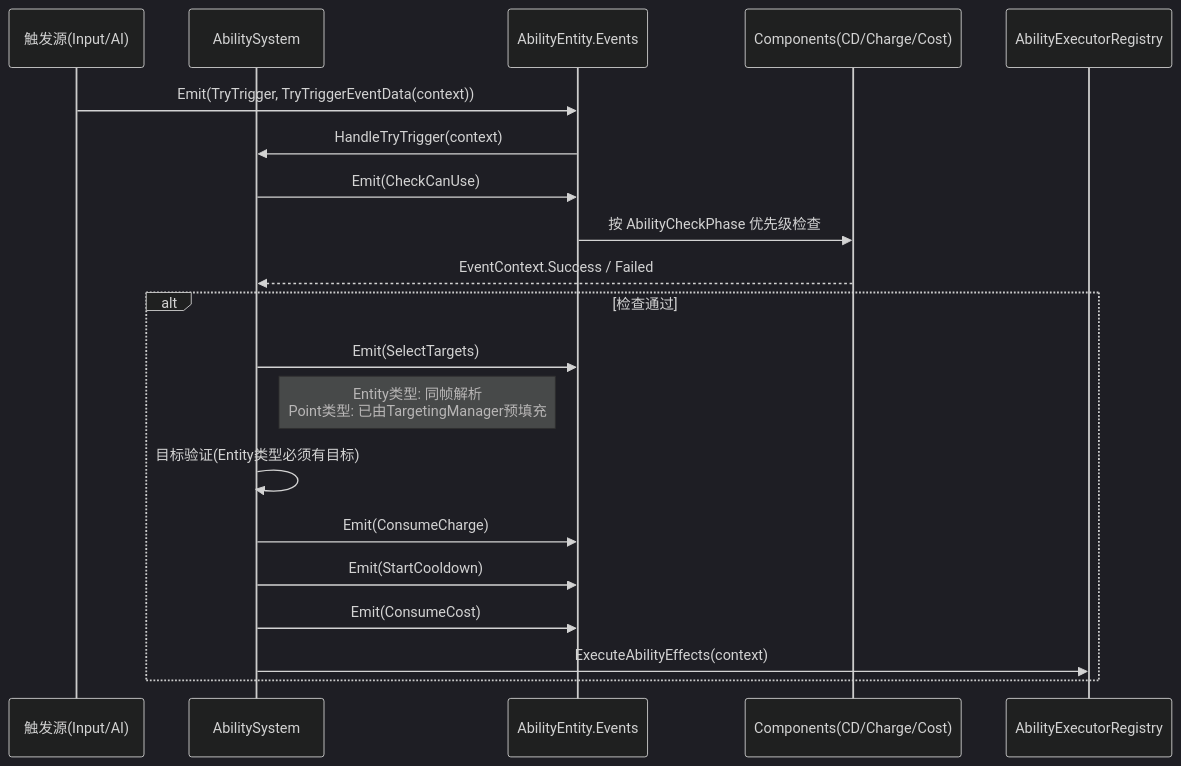
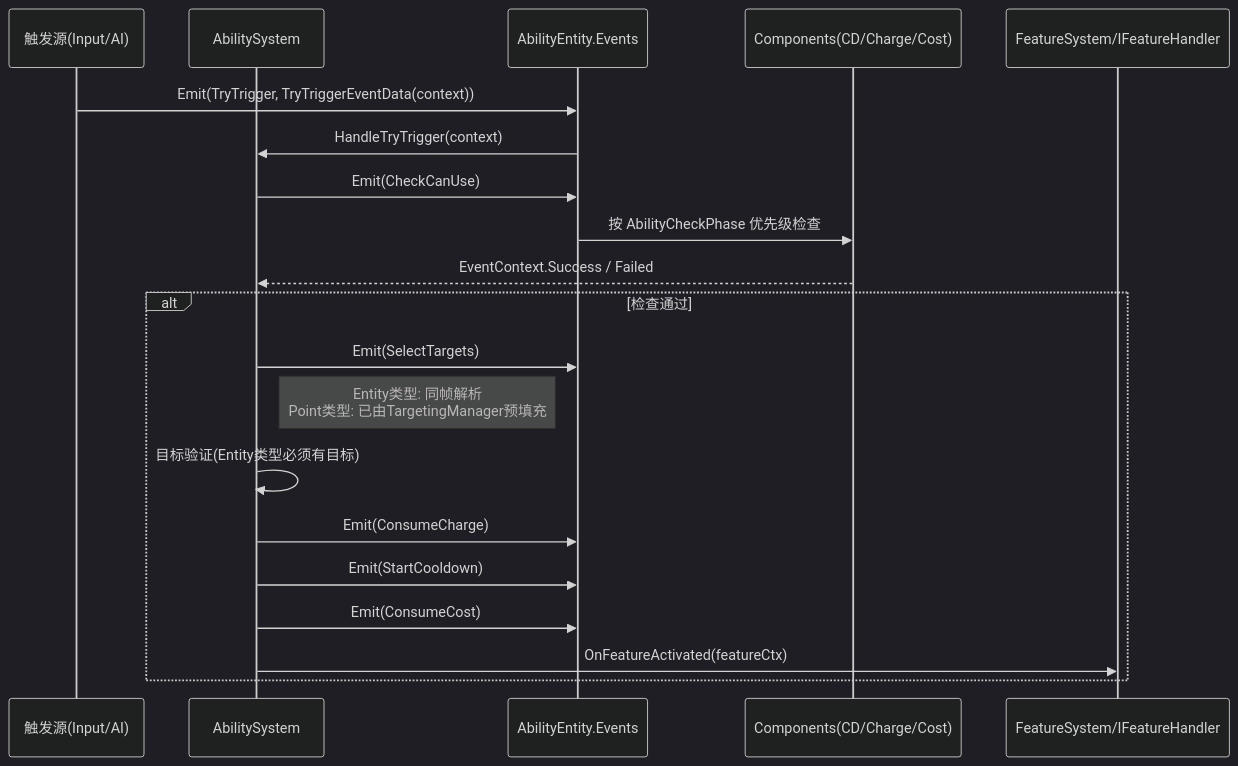
One commit to alading-2/GodotCSharpECSStruct_Open changed the diagram in docs/框架/ECS/Ability/技能系统架构设计理念.md. Above: the diagram before and after it, drawn with Mermaid (dark theme). The commit also changed other lines of this file and 146 other files, not shown here.

````diff
--- a/docs/框架/ECS/Ability/技能系统架构设计理念.md
+++ b/docs/框架/ECS/Ability/技能系统架构设计理念.md
@@ -124,24 +125,24 @@
 ```mermaid
 sequenceDiagram
     participant Input as 触发源(Input/AI)
     participant Sys as AbilitySystem
     participant E as AbilityEntity.Events
     participant Cmp as Components(CD/Charge/Cost)
-    participant Exec as AbilityExecutorRegistry
+    participant Exec as FeatureSystem/IFeatureHandler
 
     Input->>E: Emit(TryTrigger, TryTriggerEventData(context))
     E->>Sys: HandleTryTrigger(context)
     Sys->>E: Emit(CheckCanUse)
     E->>Cmp: 按 AbilityCheckPhase 优先级检查
     Cmp-->>Sys: EventContext.Success / Failed
 
     alt 检查通过
         Sys->>E: Emit(SelectTargets)
         Note right of Sys: Entity类型: 同帧解析<br/>Point类型: 已由TargetingManager预填充
         Sys->>Sys: 目标验证(Entity类型必须有目标)
         Sys->>E: Emit(ConsumeCharge)
         Sys->>E: Emit(StartCooldown)
         Sys->>E: Emit(ConsumeCost)
-        Sys->>Exec: ExecuteAbilityEffects(context)
+        Sys->>Exec: OnFeatureActivated(featureCtx)
     end
 ```
````
